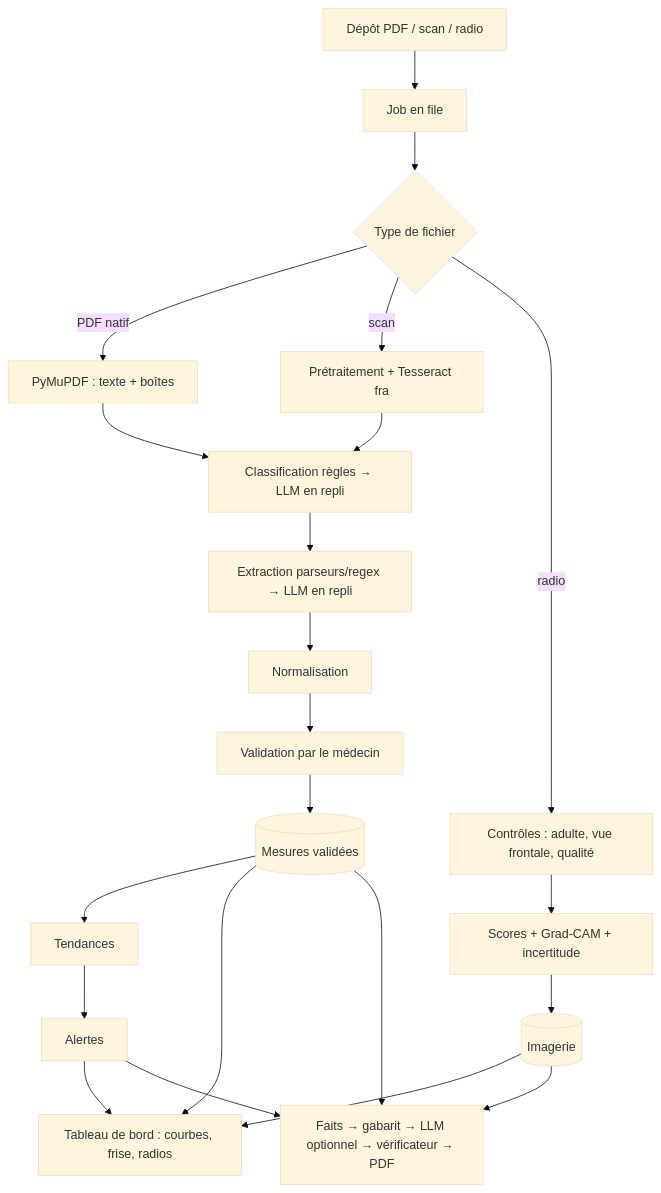
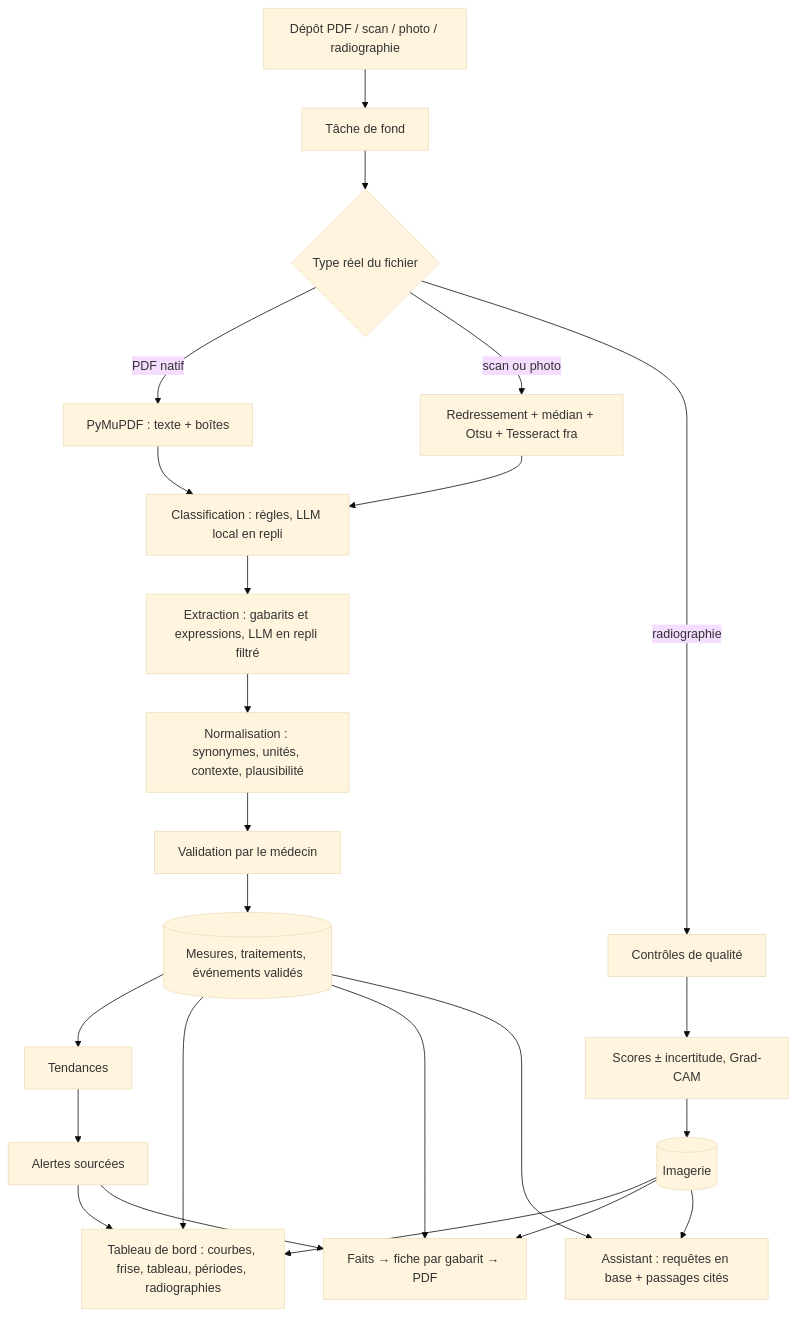
Before and after one commit to Amaranix/MediMind: the second of 2 diagrams in docs/architecture.md, drawn with Mermaid (base theme). The commit also changed other lines of this file and 27 other files, not shown here.

````diff
--- a/docs/architecture.md
+++ b/docs/architecture.md
@@ -50,18 +49,19 @@
 ```mermaid
 flowchart TD
-  U[Dépôt PDF / scan / radio] --> J[Job en file]
-  J --> T{Type de fichier}
+  U[Dépôt PDF / scan / photo / radiographie] --> J[Tâche de fond]
+  J --> T{Type réel du fichier}
   T -- PDF natif --> X1[PyMuPDF : texte + boîtes]
-  T -- scan --> X2[Prétraitement + Tesseract fra]
-  T -- radio --> R1[Contrôles : adulte, vue frontale, qualité]
-  X1 & X2 --> C[Classification règles → LLM en repli]
-  C --> E[Extraction parseurs/regex → LLM en repli]
-  E --> N[Normalisation]
+  T -- scan ou photo --> X2[Redressement + médian + Otsu + Tesseract fra]
+  T -- radiographie --> R1[Contrôles de qualité]
+  X1 & X2 --> C[Classification : règles, LLM local en repli]
+  C --> E[Extraction : gabarits et expressions, LLM en repli filtré]
+  E --> N[Normalisation : synonymes, unités, contexte, plausibilité]
   N --> V[Validation par le médecin]
-  V --> M[(Mesures validées)]
-  R1 --> R2[Scores + Grad-CAM + incertitude]
+  V --> M[(Mesures, traitements, événements validés)]
+  R1 --> R2[Scores ± incertitude, Grad-CAM]
   R2 --> I[(Imagerie)]
-  M --> TR[Tendances] --> AL[Alertes]
-  M & I & AL --> D[Tableau de bord : courbes, frise, radios]
-  M & I & AL --> F[Faits → gabarit → LLM optionnel → vérificateur → PDF]
+  M --> TR[Tendances] --> AL[Alertes sourcées]
+  M & I & AL --> D[Tableau de bord : courbes, frise, tableau, périodes, radiographies]
+  M & I & AL --> F[Faits → fiche par gabarit → PDF]
+  M & I --> A[Assistant : requêtes en base + passages cités]
 ```
````
